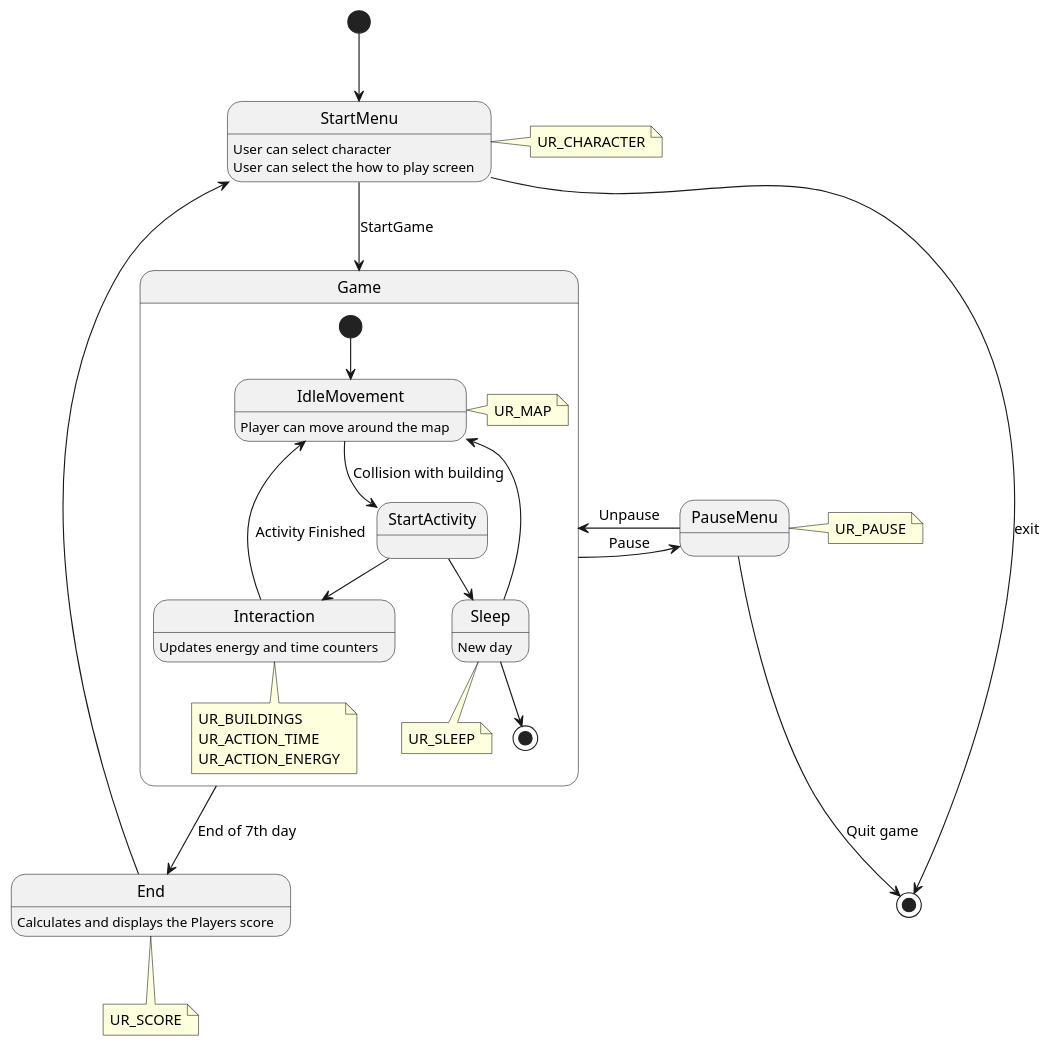
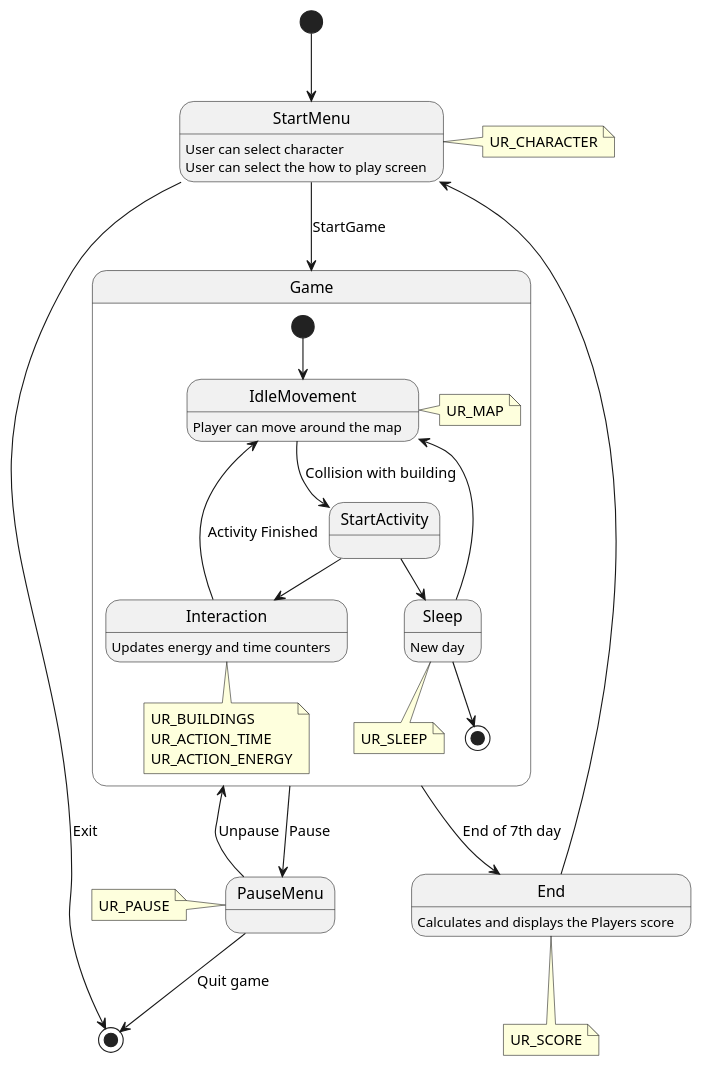
The diagram in UML_Diagrams/StateDiagram.puml (Mxtt-smith/Group-12-ENG1), drawn with PlantUML before and after one commit. The commit also changed 7 other files, not shown here.

```diff
--- a/UML_Diagrams/StateDiagram.puml
+++ b/UML_Diagrams/StateDiagram.puml
@@ -1,70 +1,70 @@
 @startuml
 'https://plantuml.com/state-diagram
 
 [*] --> StartMenu
 
 state StartMenu {
     StartMenu: User can select character
     StartMenu: User can select the how to play screen
 }
 
 
 state Game{
     [*] --> IdleMovement
 
     IdleMovement: Player can move around the map
 
     IdleMovement --> StartActivity :Collision with building
     StartActivity -down-> Interaction
     StartActivity  --> Sleep
     Interaction -up-> IdleMovement:Activity Finished
     Interaction: Updates energy and time counters
     Sleep:New day
     Sleep --> IdleMovement
     Sleep --> [*]
 
     note bottom of Sleep
     UR_SLEEP
     end note
 
     note bottom of Interaction
     UR_BUILDINGS
     UR_ACTION_TIME
     UR_ACTION_ENERGY
     end note
 
     note right of IdleMovement
     UR_MAP
     end note
 }
 
 state End{
     End:Calculates and displays the Players score
 }
 
 state PauseMenu{
 
 }
 
 StartMenu -down-> Game: StartGame
-Game -> PauseMenu: Pause
-Game <- PauseMenu: Unpause
+Game --> PauseMenu: Pause
+Game <-- PauseMenu: Unpause
 Game -down-> End: End of 7th day
 End -up->  StartMenu
-StartMenu -> [*] :exit
+StartMenu -> [*] :Exit
 PauseMenu -down-> [*] : Quit game
 
 note right of StartMenu
 UR_CHARACTER
 end note
 
-note right of PauseMenu
+note left of PauseMenu
 UR_PAUSE
 end note
 
 note bottom of End
 UR_SCORE
 end note
 
 
 @enduml
```
